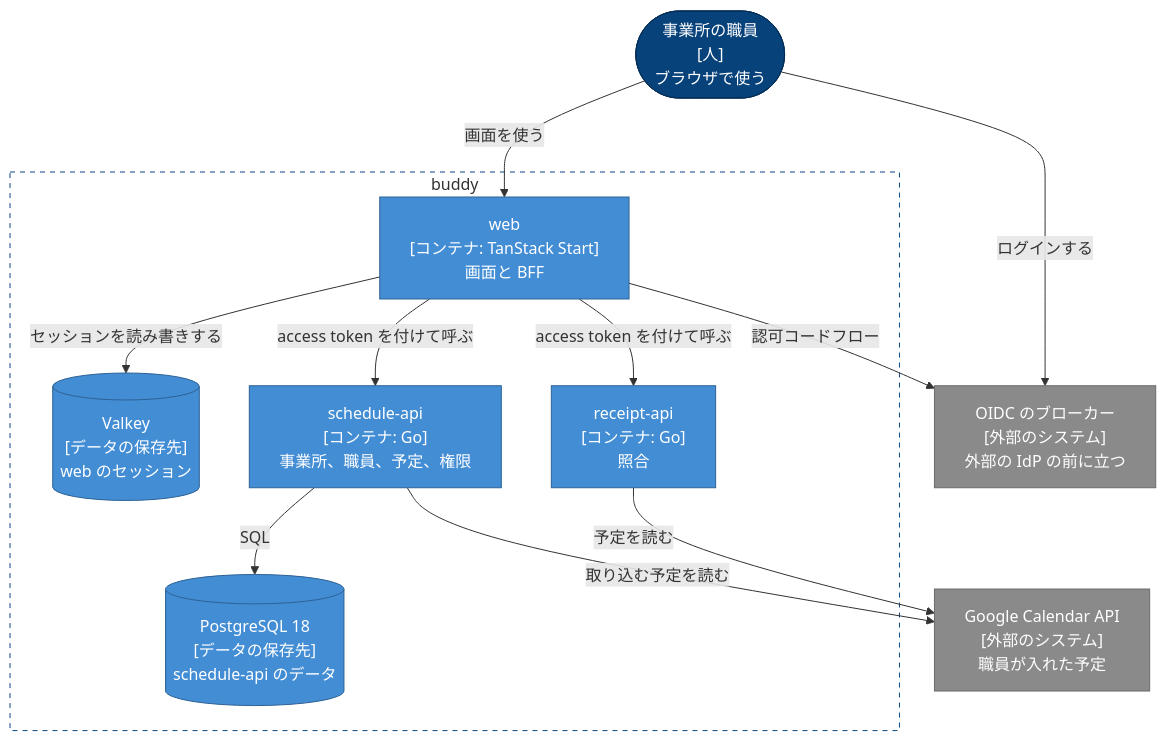
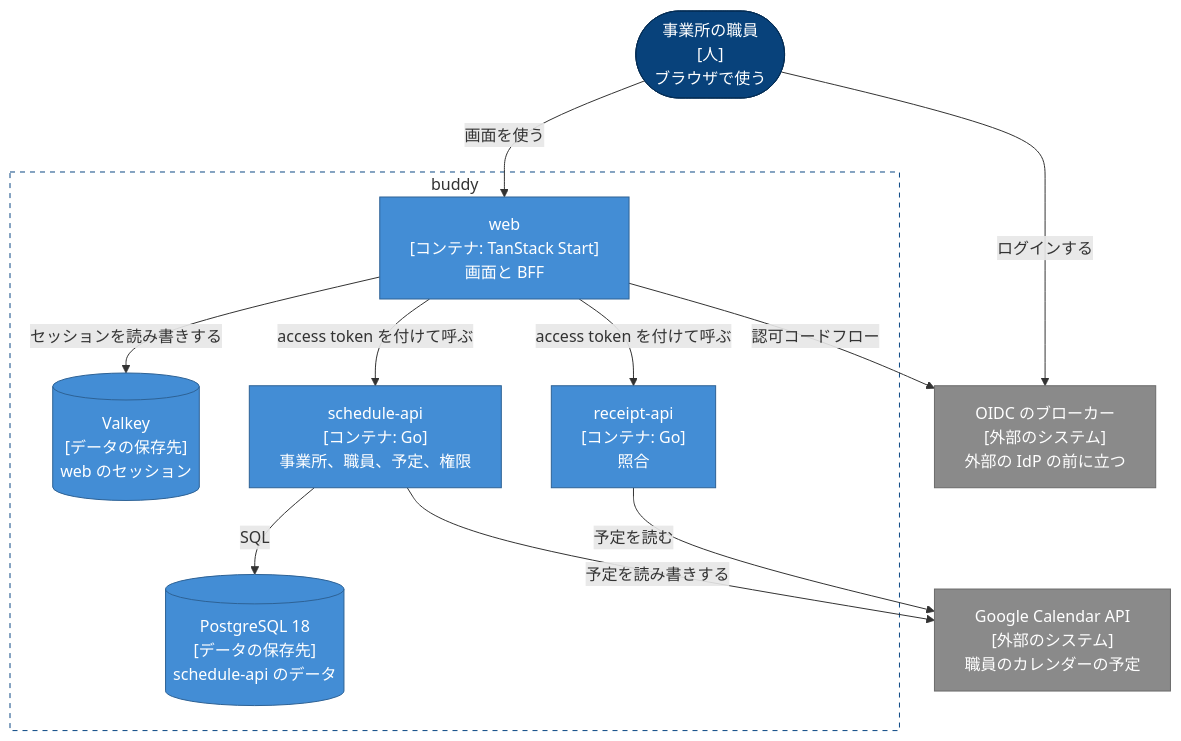
The diagram in docs/design/DesignDoc.md (Fukuemon/buddy), drawn with Mermaid before and after one commit. The commit also changed other lines of this file, not shown here.

First line of the commit message:
docs(design): 予定の API の Google カレンダーの読み書きと構成を直す #193

````diff
--- a/docs/design/DesignDoc.md
+++ b/docs/design/DesignDoc.md
@@ -47,29 +47,29 @@
 ```mermaid
 flowchart TB
   staff(["事業所の職員<br/>[人]<br/>ブラウザで使う"])
   broker["OIDC のブローカー<br/>[外部のシステム]<br/>外部の IdP の前に立つ"]
   subgraph buddy["buddy"]
     web["web<br/>[コンテナ: TanStack Start]<br/>画面と BFF"]
     valkey[("Valkey<br/>[データの保存先]<br/>web のセッション")]
     schedule["schedule-api<br/>[コンテナ: Go]<br/>事業所、職員、予定、権限"]
     receipt["receipt-api<br/>[コンテナ: Go]<br/>照合"]
     postgres[("PostgreSQL 18<br/>[データの保存先]<br/>schedule-api のデータ")]
   end
-  gcal["Google Calendar API<br/>[外部のシステム]<br/>職員が入れた予定"]
+  gcal["Google Calendar API<br/>[外部のシステム]<br/>職員のカレンダーの予定"]
   staff -- "画面を使う" --> web
   staff -- "ログインする" --> broker
   web -- "認可コードフロー" --> broker
   web -- "セッションを読み書きする" --> valkey
   web -- "access token を付けて呼ぶ" --> schedule
   web -- "access token を付けて呼ぶ" --> receipt
   schedule -- "SQL" --> postgres
   receipt -- "予定を読む" --> gcal
-  schedule -- "取り込む予定を読む" --> gcal
+  schedule -- "予定を読み書きする" --> gcal
   classDef person fill:#08427b,stroke:#052e56,color:#fff
   classDef container fill:#438dd5,stroke:#2e6295,color:#fff
   classDef external fill:#8a8a8a,stroke:#6b6b6b,color:#fff
   class staff person
   class web,valkey,schedule,receipt,postgres container
   class broker,gcal external
   style buddy fill:none,stroke:#0b4884,stroke-dasharray:5 5
 ```
````
